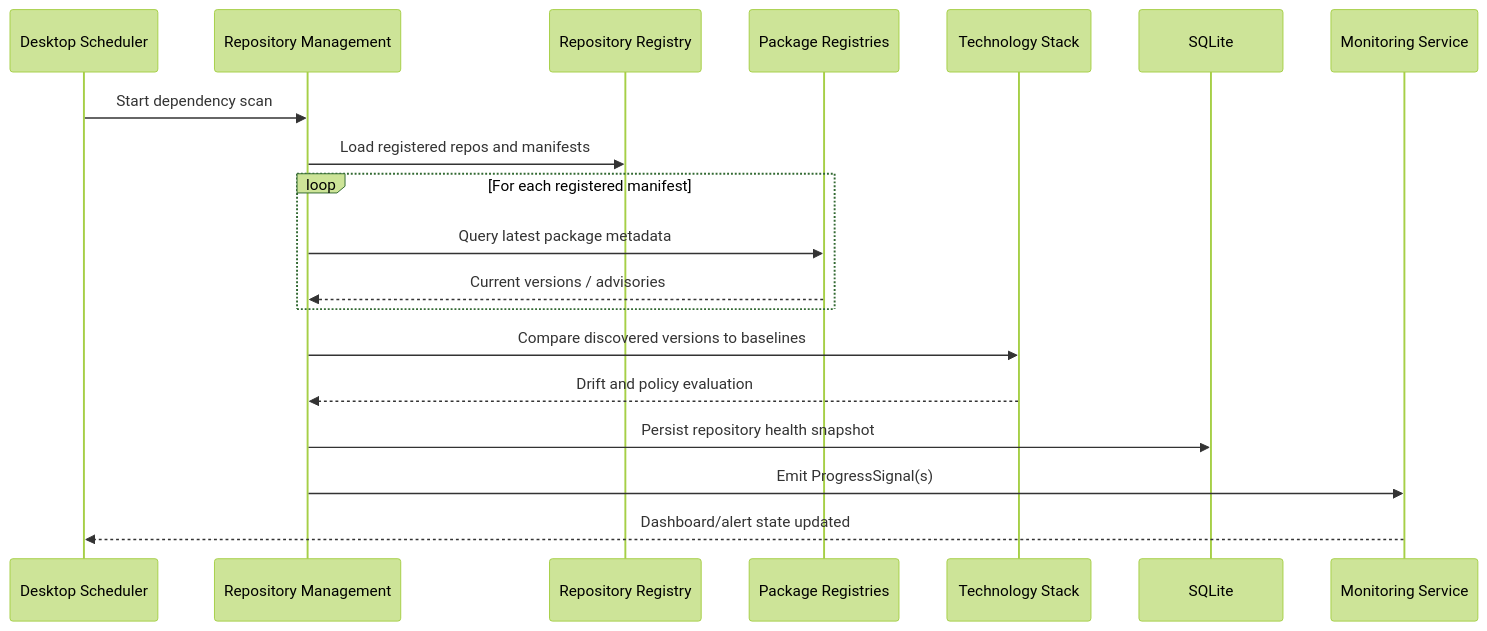
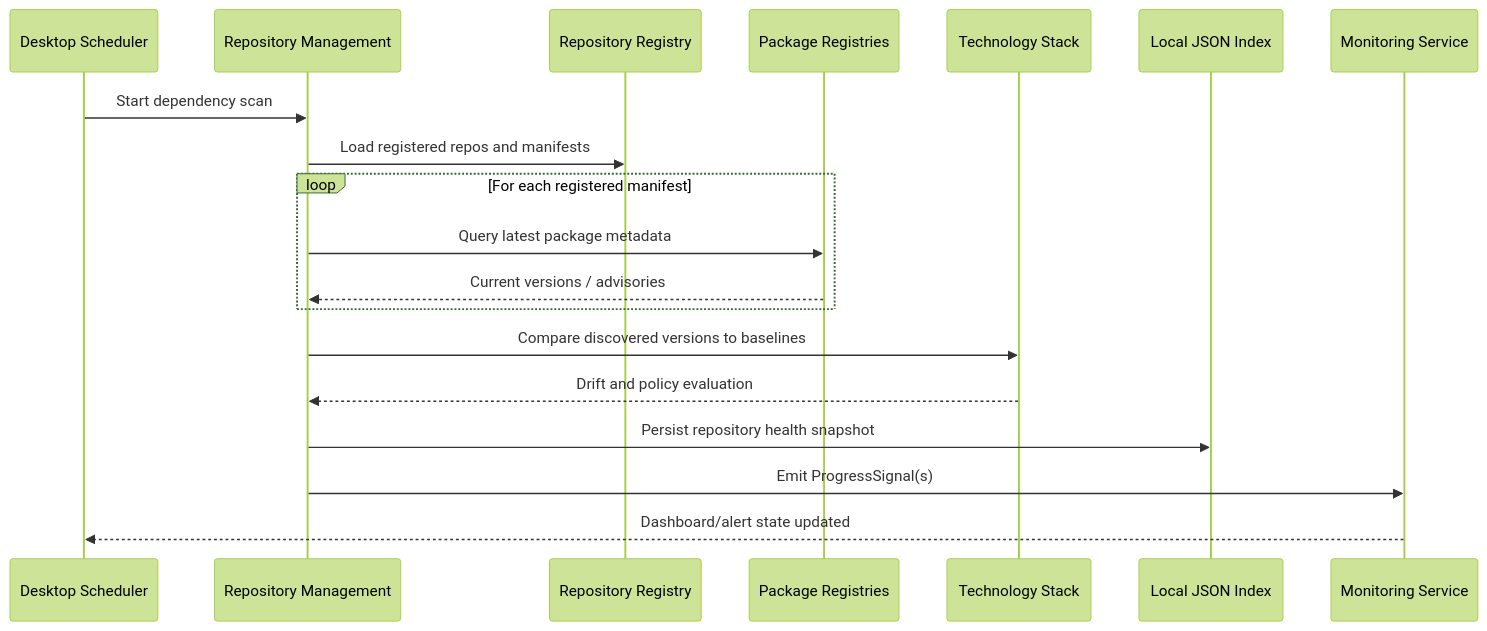
The sixth of 7 diagrams in .arc42/06-runtime-view.md (JSdotNet/Backlog), drawn with Mermaid (forest theme) before and after one commit. The commit also changed other lines of this file and 8 other files, not shown here.

First line of the commit message:
Use JSON for local storage in arc42 docs

````diff
--- a/.arc42/06-runtime-view.md
+++ b/.arc42/06-runtime-view.md
@@ -190,22 +190,22 @@
 ```mermaid
 sequenceDiagram
     participant Scheduler as Desktop Scheduler
     participant RepoMgmt as Repository Management
     participant RepoRegistry as Repository Registry
     participant Pkg as Package Registries
     participant TechStack as Technology Stack
-    participant DB as SQLite
+    participant Index as Local JSON Index
     participant Monitoring as Monitoring Service
 
     Scheduler->>RepoMgmt: Start dependency scan
     RepoMgmt->>RepoRegistry: Load registered repos and manifests
     loop For each registered manifest
         RepoMgmt->>Pkg: Query latest package metadata
         Pkg-->>RepoMgmt: Current versions / advisories
     end
     RepoMgmt->>TechStack: Compare discovered versions to baselines
     TechStack-->>RepoMgmt: Drift and policy evaluation
-    RepoMgmt->>DB: Persist repository health snapshot
+    RepoMgmt->>Index: Persist repository health snapshot
     RepoMgmt->>Monitoring: Emit ProgressSignal(s)
     Monitoring-->>Scheduler: Dashboard/alert state updated
 ```
````
